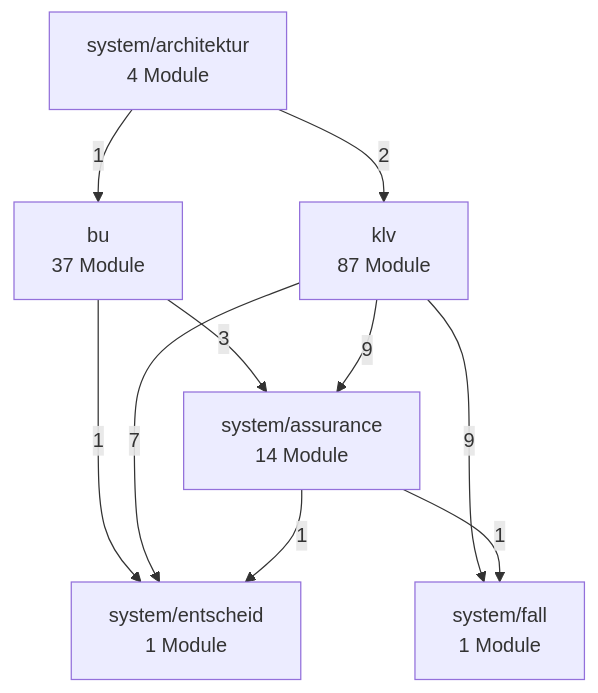
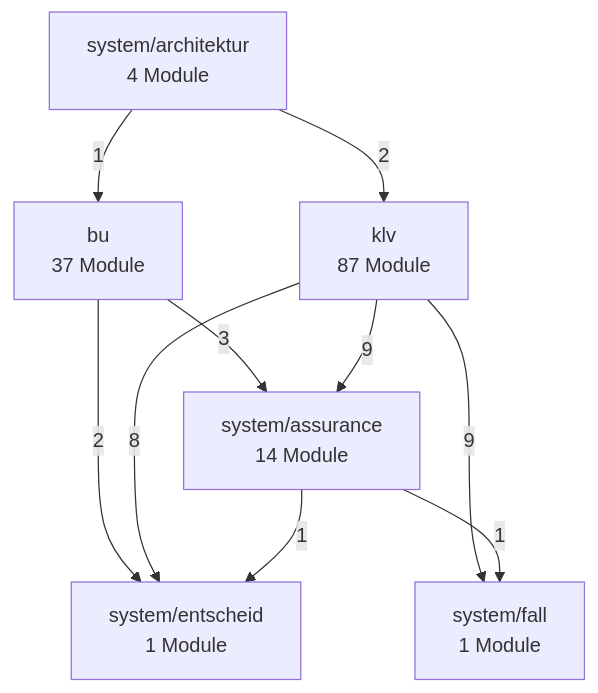
One commit to bartlmac/rechner-pipeline changed the second of 3 diagrams in docs/architektur/landkarte.md. Above: the diagram before and after it, drawn with Mermaid. The commit also changed other lines of this file and 9 other files, not shown here.

````diff
--- a/docs/architektur/landkarte.md
+++ b/docs/architektur/landkarte.md
@@ -78,19 +78,19 @@
 ```mermaid
 %% Fachknoten — erzeugt von ontologie.landkarte
 flowchart TD
     bu["bu<br/>37 Module"]
     klv["klv<br/>87 Module"]
     system_architektur["system/architektur<br/>4 Module"]
     system_assurance["system/assurance<br/>14 Module"]
     system_entscheid["system/entscheid<br/>1 Module"]
     system_fall["system/fall<br/>1 Module"]
     bu -- 3 --> system_assurance
-    bu -- 1 --> system_entscheid
+    bu -- 2 --> system_entscheid
     klv -- 9 --> system_assurance
-    klv -- 7 --> system_entscheid
+    klv -- 8 --> system_entscheid
     klv -- 9 --> system_fall
     system_architektur -- 1 --> bu
     system_architektur -- 2 --> klv
     system_assurance -- 1 --> system_entscheid
     system_assurance -- 1 --> system_fall
 ```
````
